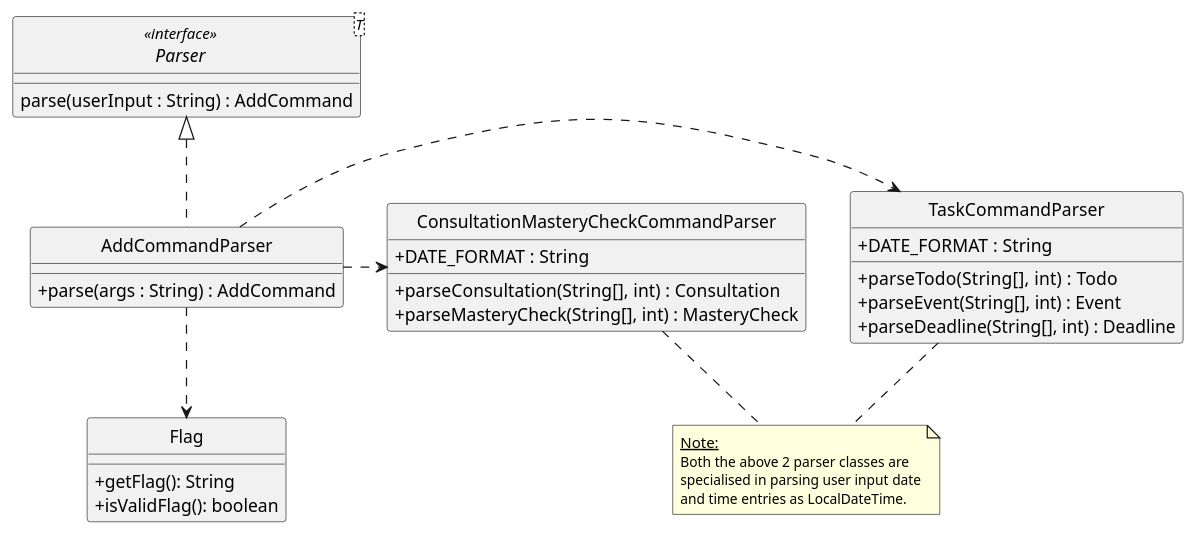
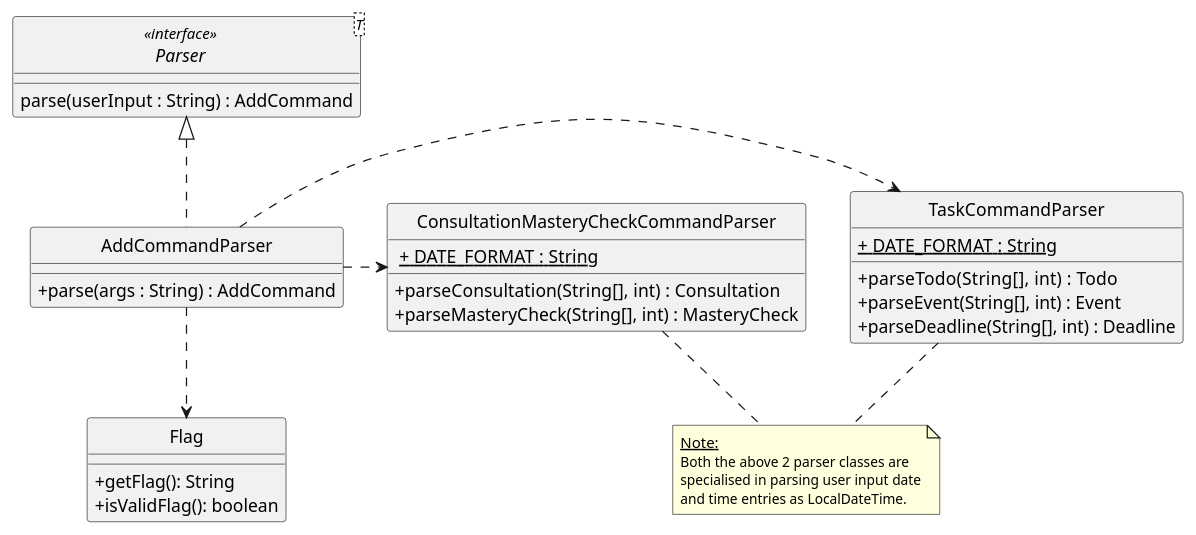
Before and after one commit to wireseo/tp: the diagram in docs/diagrams/AddCommandParserClassDiagram.puml, drawn with PlantUML. The commit also changed 6 other files, not shown here.

Commit message:
Update ug diagrams static attributes and dg test appendix and dg AddCommand explanations

```diff
--- a/docs/diagrams/AddCommandParserClassDiagram.puml
+++ b/docs/diagrams/AddCommandParserClassDiagram.puml
@@ -1,53 +1,53 @@
 @startuml
 skinparam backgroundColor #ffffff
 skinparam classAttributeIconSize 0
 hide circle
 
 interface Parser<T> <<interface>> {
     parse(userInput : String) : AddCommand
 }
 
 class TaskCommandParser {
     /' Attributes '/
-    + DATE_FORMAT : String
+    <u>+ DATE_FORMAT : String
 
     /' Methods '/
     + parseTodo(String[], int)  : Todo
     + parseEvent(String[], int) : Event
     + parseDeadline(String[], int) : Deadline
 }
 
 class ConsultationMasteryCheckCommandParser {
     /' Attributes '/
-    + DATE_FORMAT : String
+   <u> + DATE_FORMAT : String
 
     /' Methods '/
     + parseConsultation(String[], int)  : Consultation
     + parseMasteryCheck(String[], int) : MasteryCheck
 }
 
 class Flag {
     + getFlag(): String
     + isValidFlag(): boolean
 }
 
 class AddCommandParser implements Parser {
     /' Methods '/
     + parse(args : String) : AddCommand
 }
 
 AddCommandParser .right.> TaskCommandParser
 AddCommandParser .right.> ConsultationMasteryCheckCommandParser
 AddCommandParser .down.> Flag
 
 note as N1
     <size: 12><u>Note:</u>
     <size: 11>Both the above 2 parser classes are
     <size: 11>specialised in parsing user input date
     <size: 11>and time entries as LocalDateTime.
 end note
 
 N1 .up. ConsultationMasteryCheckCommandParser
 N1 .up. TaskCommandParser
 
 @enduml
```
